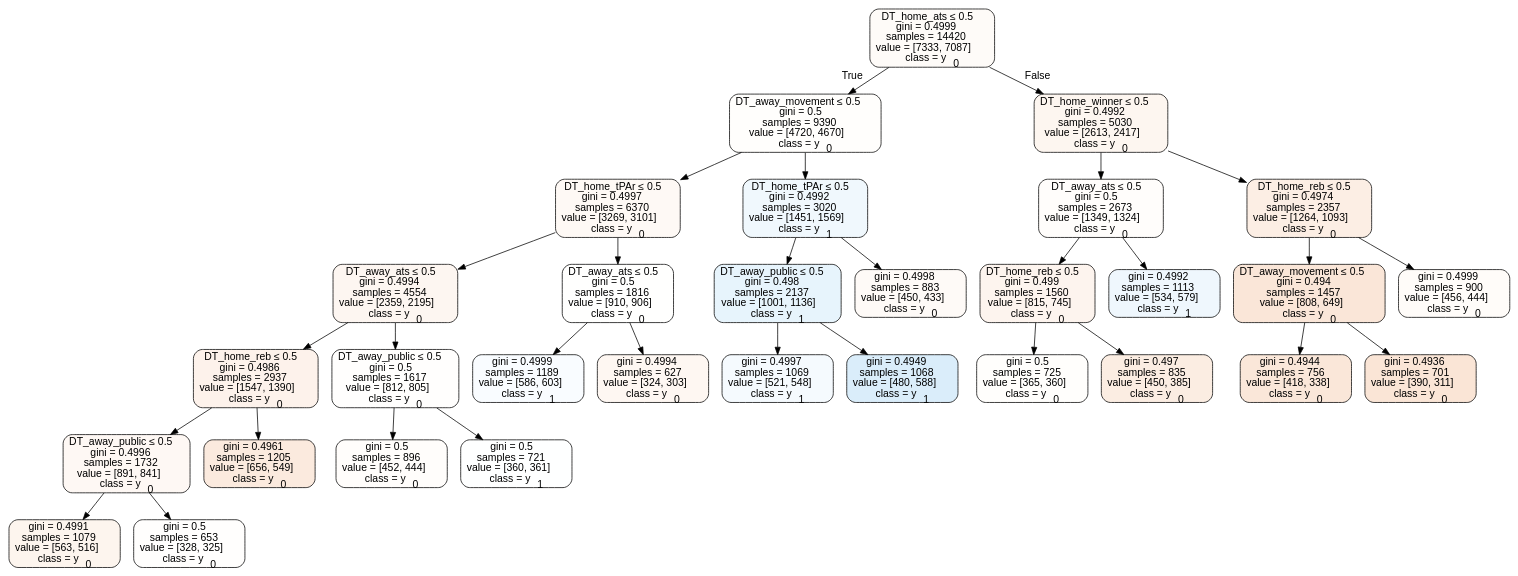
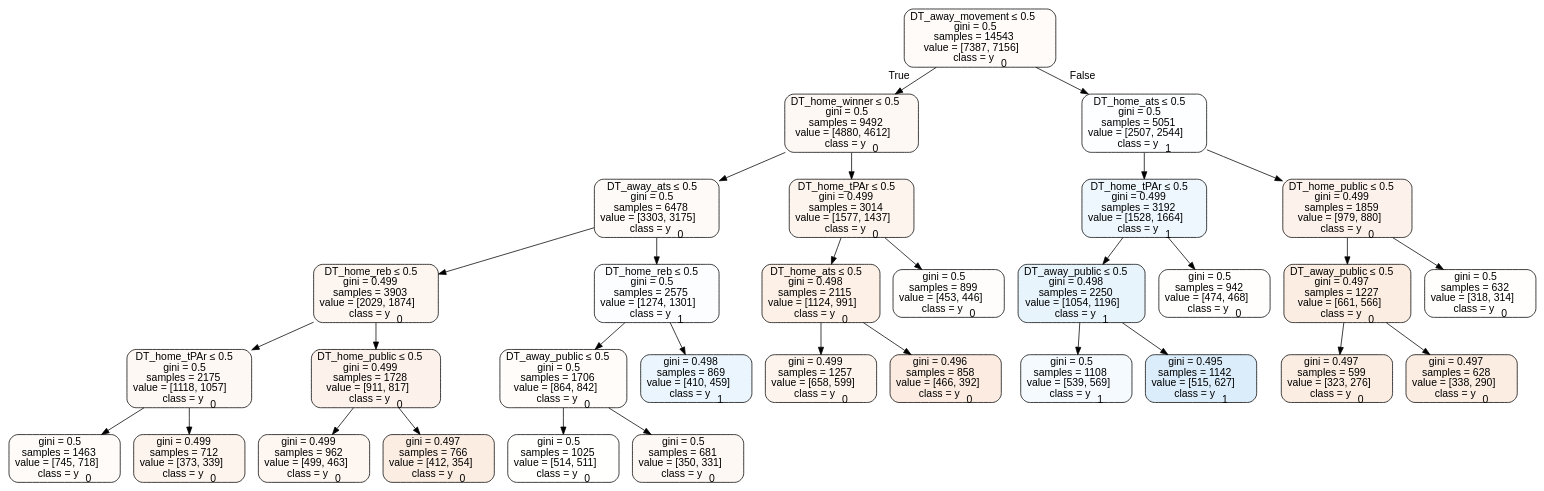
Before and after one commit to usbogie/ncaa-bets: the diagram in Basketball/data/trees/tree2013home.dot, drawn with Graphviz. The commit also changed 26 other files, not shown here.

```diff
--- a/Basketball/data/trees/tree2013home.dot
+++ b/Basketball/data/trees/tree2013home.dot
@@ -1,65 +1,65 @@
 digraph Tree {
 node [shape=box, style="filled, rounded", color="black", fontname=helvetica] ;
 edge [fontname=helvetica] ;
-0 [label=<DT_home_ats &le; 0.5<br/>gini = 0.4999<br/>samples = 14420<br/>value = [7333, 7087]<br/>class = y<SUB>0</SUB>>, fillcolor="#e5813909"] ;
-1 [label=<DT_away_movement &le; 0.5<br/>gini = 0.5<br/>samples = 9390<br/>value = [4720, 4670]<br/>class = y<SUB>0</SUB>>, fillcolor="#e5813903"] ;
+0 [label=<DT_away_movement &le; 0.5<br/>gini = 0.5<br/>samples = 14543<br/>value = [7387, 7156]<br/>class = y<SUB>0</SUB>>, fillcolor="#e5813908"] ;
+1 [label=<DT_home_winner &le; 0.5<br/>gini = 0.5<br/>samples = 9492<br/>value = [4880, 4612]<br/>class = y<SUB>0</SUB>>, fillcolor="#e581390e"] ;
 0 -> 1 [labeldistance=2.5, labelangle=45, headlabel="True"] ;
-2 [label=<DT_home_tPAr &le; 0.5<br/>gini = 0.4997<br/>samples = 6370<br/>value = [3269, 3101]<br/>class = y<SUB>0</SUB>>, fillcolor="#e581390d"] ;
+2 [label=<DT_away_ats &le; 0.5<br/>gini = 0.5<br/>samples = 6478<br/>value = [3303, 3175]<br/>class = y<SUB>0</SUB>>, fillcolor="#e581390a"] ;
 1 -> 2 ;
-3 [label=<DT_away_ats &le; 0.5<br/>gini = 0.4994<br/>samples = 4554<br/>value = [2359, 2195]<br/>class = y<SUB>0</SUB>>, fillcolor="#e5813912"] ;
+3 [label=<DT_home_reb &le; 0.5<br/>gini = 0.499<br/>samples = 3903<br/>value = [2029, 1874]<br/>class = y<SUB>0</SUB>>, fillcolor="#e5813913"] ;
 2 -> 3 ;
-4 [label=<DT_home_reb &le; 0.5<br/>gini = 0.4986<br/>samples = 2937<br/>value = [1547, 1390]<br/>class = y<SUB>0</SUB>>, fillcolor="#e581391a"] ;
+4 [label=<DT_home_tPAr &le; 0.5<br/>gini = 0.5<br/>samples = 2175<br/>value = [1118, 1057]<br/>class = y<SUB>0</SUB>>, fillcolor="#e581390e"] ;
 3 -> 4 ;
-5 [label=<DT_away_public &le; 0.5<br/>gini = 0.4996<br/>samples = 1732<br/>value = [891, 841]<br/>class = y<SUB>0</SUB>>, fillcolor="#e581390e"] ;
+5 [label=<gini = 0.5<br/>samples = 1463<br/>value = [745, 718]<br/>class = y<SUB>0</SUB>>, fillcolor="#e5813909"] ;
 4 -> 5 ;
-6 [label=<gini = 0.4991<br/>samples = 1079<br/>value = [563, 516]<br/>class = y<SUB>0</SUB>>, fillcolor="#e5813915"] ;
-5 -> 6 ;
-7 [label=<gini = 0.5<br/>samples = 653<br/>value = [328, 325]<br/>class = y<SUB>0</SUB>>, fillcolor="#e5813902"] ;
-5 -> 7 ;
-8 [label=<gini = 0.4961<br/>samples = 1205<br/>value = [656, 549]<br/>class = y<SUB>0</SUB>>, fillcolor="#e581392a"] ;
-4 -> 8 ;
-9 [label=<DT_away_public &le; 0.5<br/>gini = 0.5<br/>samples = 1617<br/>value = [812, 805]<br/>class = y<SUB>0</SUB>>, fillcolor="#e5813902"] ;
-3 -> 9 ;
-10 [label=<gini = 0.5<br/>samples = 896<br/>value = [452, 444]<br/>class = y<SUB>0</SUB>>, fillcolor="#e5813905"] ;
-9 -> 10 ;
-11 [label=<gini = 0.5<br/>samples = 721<br/>value = [360, 361]<br/>class = y<SUB>1</SUB>>, fillcolor="#399de501"] ;
-9 -> 11 ;
-12 [label=<DT_away_ats &le; 0.5<br/>gini = 0.5<br/>samples = 1816<br/>value = [910, 906]<br/>class = y<SUB>0</SUB>>, fillcolor="#e5813901"] ;
-2 -> 12 ;
-13 [label=<gini = 0.4999<br/>samples = 1189<br/>value = [586, 603]<br/>class = y<SUB>1</SUB>>, fillcolor="#399de507"] ;
-12 -> 13 ;
-14 [label=<gini = 0.4994<br/>samples = 627<br/>value = [324, 303]<br/>class = y<SUB>0</SUB>>, fillcolor="#e5813911"] ;
-12 -> 14 ;
-15 [label=<DT_home_tPAr &le; 0.5<br/>gini = 0.4992<br/>samples = 3020<br/>value = [1451, 1569]<br/>class = y<SUB>1</SUB>>, fillcolor="#399de513"] ;
+6 [label=<gini = 0.499<br/>samples = 712<br/>value = [373, 339]<br/>class = y<SUB>0</SUB>>, fillcolor="#e5813917"] ;
+4 -> 6 ;
+7 [label=<DT_home_public &le; 0.5<br/>gini = 0.499<br/>samples = 1728<br/>value = [911, 817]<br/>class = y<SUB>0</SUB>>, fillcolor="#e581391a"] ;
+3 -> 7 ;
+8 [label=<gini = 0.499<br/>samples = 962<br/>value = [499, 463]<br/>class = y<SUB>0</SUB>>, fillcolor="#e5813912"] ;
+7 -> 8 ;
+9 [label=<gini = 0.497<br/>samples = 766<br/>value = [412, 354]<br/>class = y<SUB>0</SUB>>, fillcolor="#e5813924"] ;
+7 -> 9 ;
+10 [label=<DT_home_reb &le; 0.5<br/>gini = 0.5<br/>samples = 2575<br/>value = [1274, 1301]<br/>class = y<SUB>1</SUB>>, fillcolor="#399de505"] ;
+2 -> 10 ;
+11 [label=<DT_away_public &le; 0.5<br/>gini = 0.5<br/>samples = 1706<br/>value = [864, 842]<br/>class = y<SUB>0</SUB>>, fillcolor="#e5813906"] ;
+10 -> 11 ;
+12 [label=<gini = 0.5<br/>samples = 1025<br/>value = [514, 511]<br/>class = y<SUB>0</SUB>>, fillcolor="#e5813901"] ;
+11 -> 12 ;
+13 [label=<gini = 0.5<br/>samples = 681<br/>value = [350, 331]<br/>class = y<SUB>0</SUB>>, fillcolor="#e581390e"] ;
+11 -> 13 ;
+14 [label=<gini = 0.498<br/>samples = 869<br/>value = [410, 459]<br/>class = y<SUB>1</SUB>>, fillcolor="#399de51b"] ;
+10 -> 14 ;
+15 [label=<DT_home_tPAr &le; 0.5<br/>gini = 0.499<br/>samples = 3014<br/>value = [1577, 1437]<br/>class = y<SUB>0</SUB>>, fillcolor="#e5813917"] ;
 1 -> 15 ;
-16 [label=<DT_away_public &le; 0.5<br/>gini = 0.498<br/>samples = 2137<br/>value = [1001, 1136]<br/>class = y<SUB>1</SUB>>, fillcolor="#399de51e"] ;
+16 [label=<DT_home_ats &le; 0.5<br/>gini = 0.498<br/>samples = 2115<br/>value = [1124, 991]<br/>class = y<SUB>0</SUB>>, fillcolor="#e581391e"] ;
 15 -> 16 ;
-17 [label=<gini = 0.4997<br/>samples = 1069<br/>value = [521, 548]<br/>class = y<SUB>1</SUB>>, fillcolor="#399de50d"] ;
+17 [label=<gini = 0.499<br/>samples = 1257<br/>value = [658, 599]<br/>class = y<SUB>0</SUB>>, fillcolor="#e5813917"] ;
 16 -> 17 ;
-18 [label=<gini = 0.4949<br/>samples = 1068<br/>value = [480, 588]<br/>class = y<SUB>1</SUB>>, fillcolor="#399de52f"] ;
+18 [label=<gini = 0.496<br/>samples = 858<br/>value = [466, 392]<br/>class = y<SUB>0</SUB>>, fillcolor="#e5813928"] ;
 16 -> 18 ;
-19 [label=<gini = 0.4998<br/>samples = 883<br/>value = [450, 433]<br/>class = y<SUB>0</SUB>>, fillcolor="#e581390a"] ;
+19 [label=<gini = 0.5<br/>samples = 899<br/>value = [453, 446]<br/>class = y<SUB>0</SUB>>, fillcolor="#e5813904"] ;
 15 -> 19 ;
-20 [label=<DT_home_winner &le; 0.5<br/>gini = 0.4992<br/>samples = 5030<br/>value = [2613, 2417]<br/>class = y<SUB>0</SUB>>, fillcolor="#e5813913"] ;
+20 [label=<DT_home_ats &le; 0.5<br/>gini = 0.5<br/>samples = 5051<br/>value = [2507, 2544]<br/>class = y<SUB>1</SUB>>, fillcolor="#399de504"] ;
 0 -> 20 [labeldistance=2.5, labelangle=-45, headlabel="False"] ;
-21 [label=<DT_away_ats &le; 0.5<br/>gini = 0.5<br/>samples = 2673<br/>value = [1349, 1324]<br/>class = y<SUB>0</SUB>>, fillcolor="#e5813905"] ;
+21 [label=<DT_home_tPAr &le; 0.5<br/>gini = 0.499<br/>samples = 3192<br/>value = [1528, 1664]<br/>class = y<SUB>1</SUB>>, fillcolor="#399de515"] ;
 20 -> 21 ;
-22 [label=<DT_home_reb &le; 0.5<br/>gini = 0.499<br/>samples = 1560<br/>value = [815, 745]<br/>class = y<SUB>0</SUB>>, fillcolor="#e5813916"] ;
+22 [label=<DT_away_public &le; 0.5<br/>gini = 0.498<br/>samples = 2250<br/>value = [1054, 1196]<br/>class = y<SUB>1</SUB>>, fillcolor="#399de51e"] ;
 21 -> 22 ;
-23 [label=<gini = 0.5<br/>samples = 725<br/>value = [365, 360]<br/>class = y<SUB>0</SUB>>, fillcolor="#e5813903"] ;
+23 [label=<gini = 0.5<br/>samples = 1108<br/>value = [539, 569]<br/>class = y<SUB>1</SUB>>, fillcolor="#399de50d"] ;
 22 -> 23 ;
-24 [label=<gini = 0.497<br/>samples = 835<br/>value = [450, 385]<br/>class = y<SUB>0</SUB>>, fillcolor="#e5813925"] ;
+24 [label=<gini = 0.495<br/>samples = 1142<br/>value = [515, 627]<br/>class = y<SUB>1</SUB>>, fillcolor="#399de52e"] ;
 22 -> 24 ;
-25 [label=<gini = 0.4992<br/>samples = 1113<br/>value = [534, 579]<br/>class = y<SUB>1</SUB>>, fillcolor="#399de514"] ;
+25 [label=<gini = 0.5<br/>samples = 942<br/>value = [474, 468]<br/>class = y<SUB>0</SUB>>, fillcolor="#e5813903"] ;
 21 -> 25 ;
-26 [label=<DT_home_reb &le; 0.5<br/>gini = 0.4974<br/>samples = 2357<br/>value = [1264, 1093]<br/>class = y<SUB>0</SUB>>, fillcolor="#e5813922"] ;
+26 [label=<DT_home_public &le; 0.5<br/>gini = 0.499<br/>samples = 1859<br/>value = [979, 880]<br/>class = y<SUB>0</SUB>>, fillcolor="#e581391a"] ;
 20 -> 26 ;
-27 [label=<DT_away_movement &le; 0.5<br/>gini = 0.494<br/>samples = 1457<br/>value = [808, 649]<br/>class = y<SUB>0</SUB>>, fillcolor="#e5813932"] ;
+27 [label=<DT_away_public &le; 0.5<br/>gini = 0.497<br/>samples = 1227<br/>value = [661, 566]<br/>class = y<SUB>0</SUB>>, fillcolor="#e5813925"] ;
 26 -> 27 ;
-28 [label=<gini = 0.4944<br/>samples = 756<br/>value = [418, 338]<br/>class = y<SUB>0</SUB>>, fillcolor="#e5813931"] ;
+28 [label=<gini = 0.497<br/>samples = 599<br/>value = [323, 276]<br/>class = y<SUB>0</SUB>>, fillcolor="#e5813925"] ;
 27 -> 28 ;
-29 [label=<gini = 0.4936<br/>samples = 701<br/>value = [390, 311]<br/>class = y<SUB>0</SUB>>, fillcolor="#e5813934"] ;
+29 [label=<gini = 0.497<br/>samples = 628<br/>value = [338, 290]<br/>class = y<SUB>0</SUB>>, fillcolor="#e5813924"] ;
 27 -> 29 ;
-30 [label=<gini = 0.4999<br/>samples = 900<br/>value = [456, 444]<br/>class = y<SUB>0</SUB>>, fillcolor="#e5813907"] ;
+30 [label=<gini = 0.5<br/>samples = 632<br/>value = [318, 314]<br/>class = y<SUB>0</SUB>>, fillcolor="#e5813903"] ;
 26 -> 30 ;
 }
```
